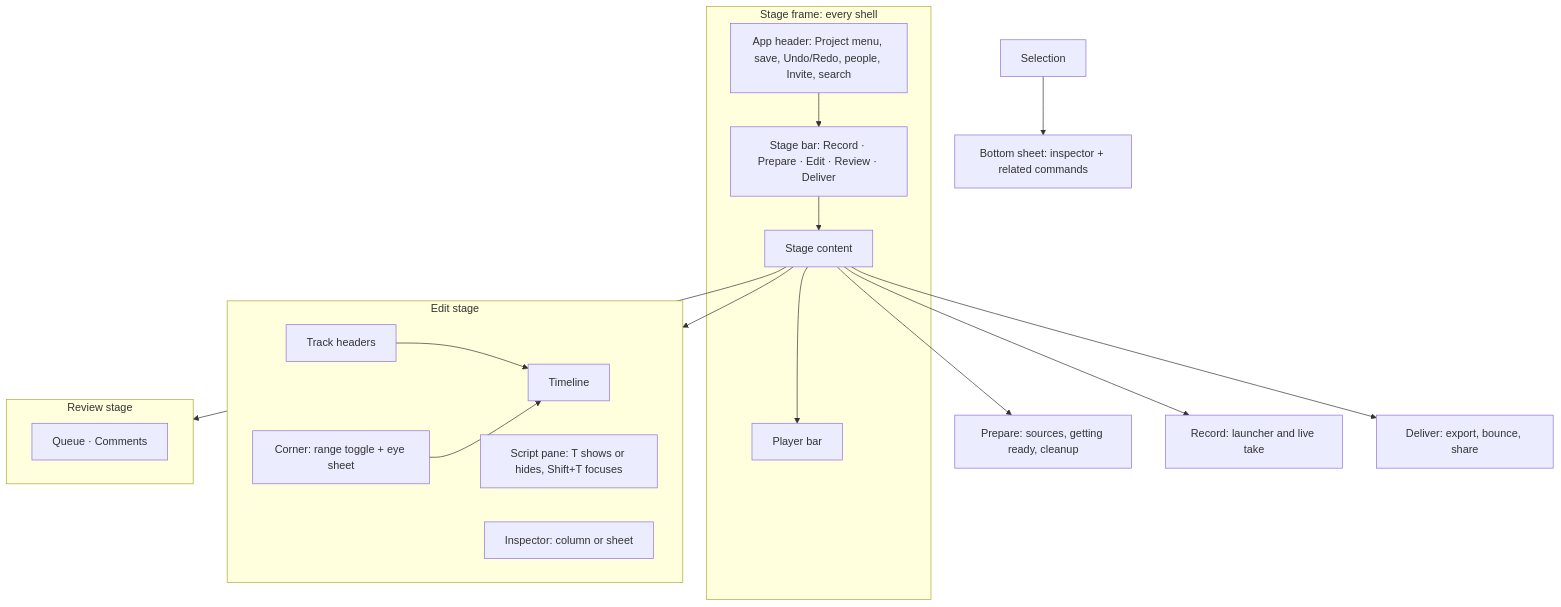
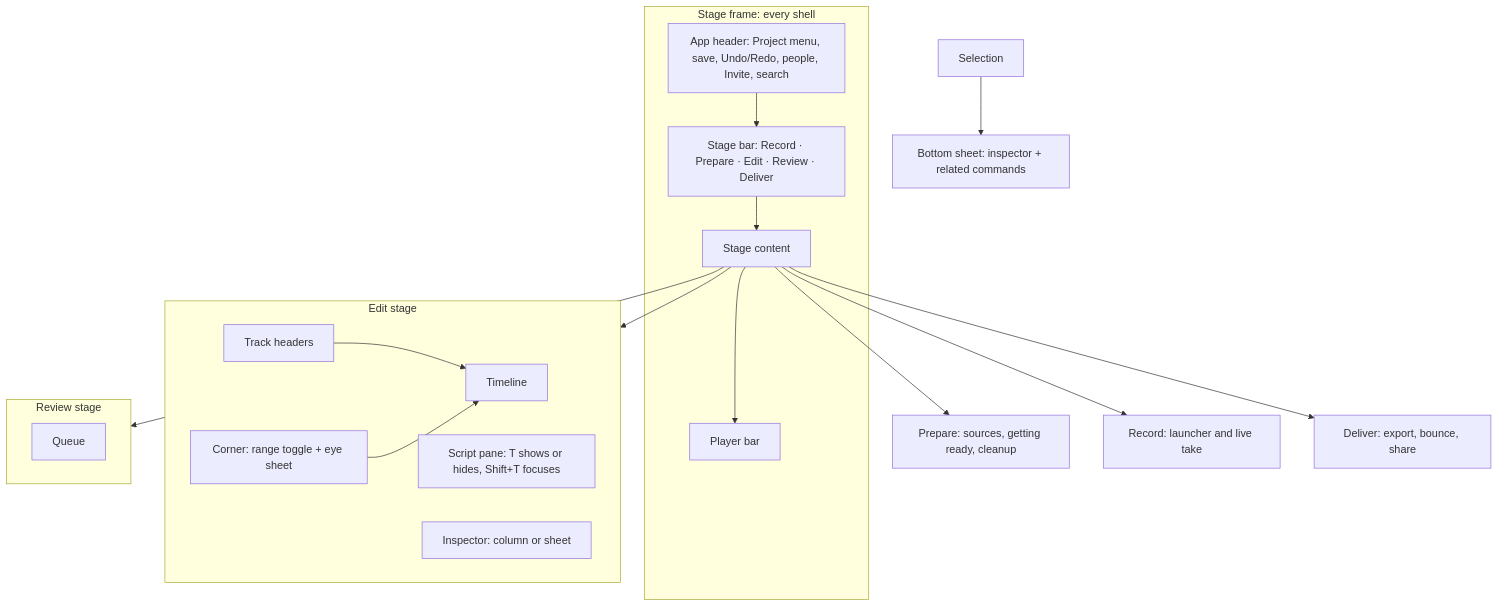
The first of 3 diagrams in ux/pages/screen-inventory.md (calebn/sharecut-studio), drawn with Mermaid before and after one commit. The commit also changed 3 other files, not shown here.

First line of the commit message:
docs(review): drop the stale Queue, Comments, Tighten wording and say Return adds a line on touch

````diff
--- a/ux/pages/screen-inventory.md
+++ b/ux/pages/screen-inventory.md
@@ -40,28 +40,28 @@
 ```mermaid
 flowchart TB
   subgraph frame [Stage frame: every shell]
     HD[App header: Project menu, save, Undo/Redo, people, Invite, search]
     SB[Stage bar: Record · Prepare · Edit · Review · Deliver]
     ST[Stage content]
     PL[Player bar]
     HD --> SB --> ST --> PL
   end
 
   subgraph edit [Edit stage]
     TH[Track headers] --> TIM[Timeline]
     CORNER[Corner: range toggle + eye sheet] --> TIM
     SC[Script pane: T shows or hides, Shift+T focuses]
     INS[Inspector: column or sheet]
   end
 
   subgraph review [Review stage]
-    RV[Queue · Comments]
+    RV[Queue]
   end
 
   ST --> edit
   ST --> review
   ST --> PREP[Prepare: sources, getting ready, cleanup]
   ST --> REC[Record: launcher and live take]
   ST --> DEL[Deliver: export, bounce, share]
   SEL[Selection] --> BS[Bottom sheet: inspector + related commands]
 ```
````
